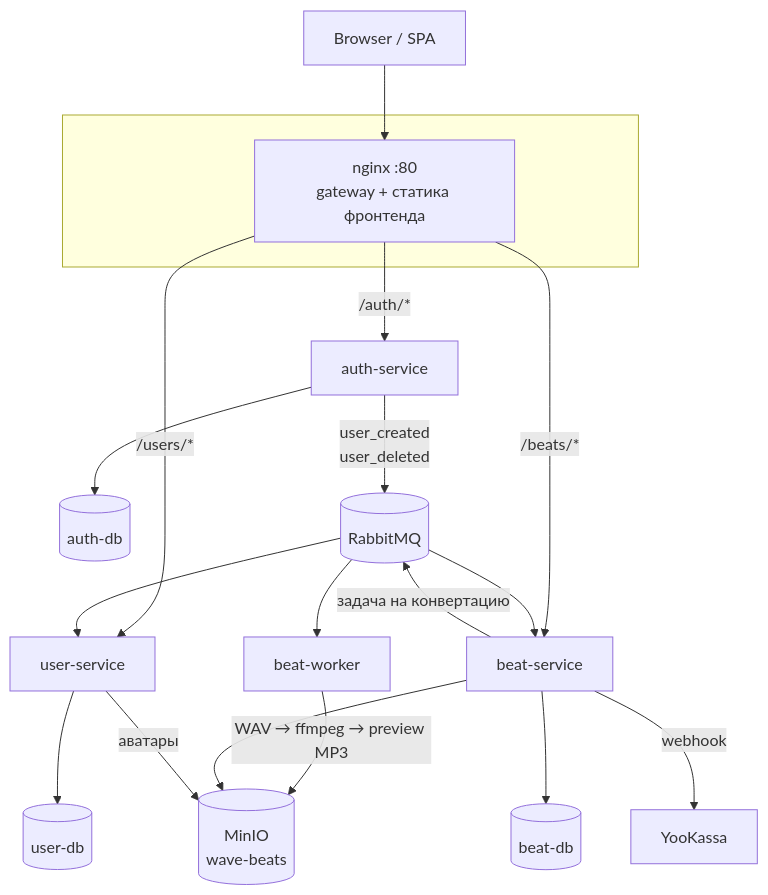
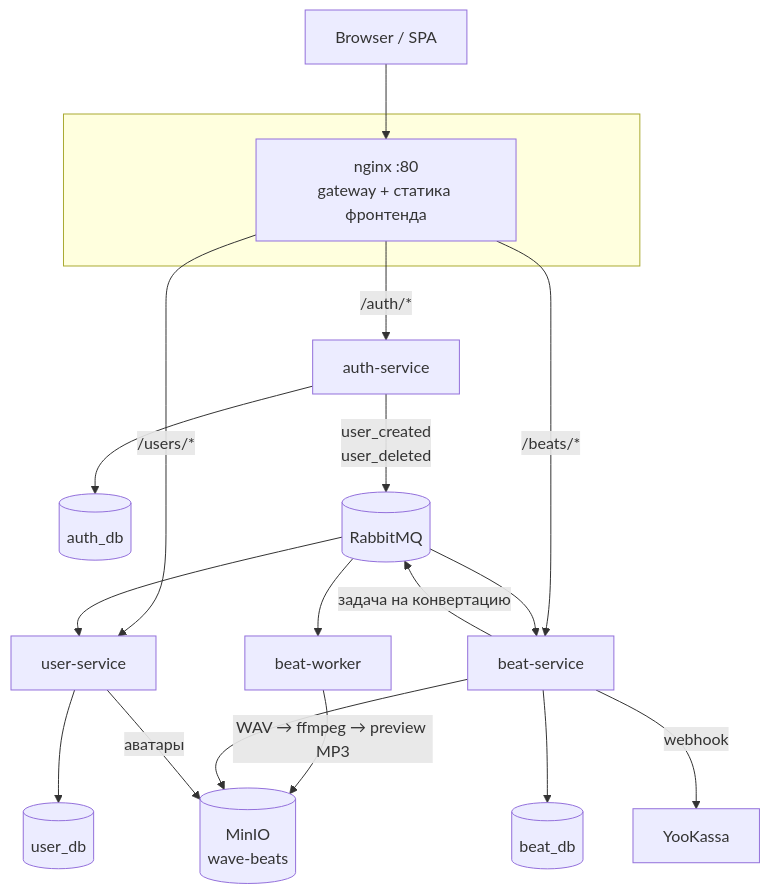
Before and after one commit to okorokoo/wave-public: the first of 4 diagrams in docs/architecture.md, drawn with Mermaid. The commit also changed other lines of this file and 84 other files, not shown here.

````diff
--- a/docs/architecture.md
+++ b/docs/architecture.md
@@ -12,30 +13,30 @@
 ```mermaid
 graph TB
     Client[Browser / SPA]
 
     subgraph gateway [" "]
         Nginx["nginx :80<br/>gateway + статика фронтенда"]
     end
 
     Client --> Nginx
 
     Nginx -->|"/auth/*"| Auth[auth-service]
     Nginx -->|"/users/*"| User[user-service]
     Nginx -->|"/beats/*"| Beat[beat-service]
 
-    Auth --> AuthDB[(auth-db)]
-    User --> UserDB[(user-db)]
-    Beat --> BeatDB[(beat-db)]
+    Auth --> AuthDB[(auth_db)]
+    User --> UserDB[(user_db)]
+    Beat --> BeatDB[(beat_db)]
 
     Auth -->|"user_created<br/>user_deleted"| MQ[(RabbitMQ)]
     MQ --> User
     MQ --> Beat
 
     Beat -->|"задача на конвертацию"| MQ
     MQ --> Worker[beat-worker]
     Worker -->|"WAV → ffmpeg → preview MP3"| S3[(MinIO<br/>wave-beats)]
     Beat --> S3
     User -->|"аватары"| S3
 
     Beat -->|"webhook"| YooKassa[YooKassa]
 ```
````
